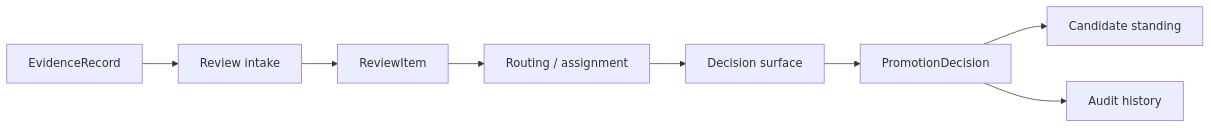
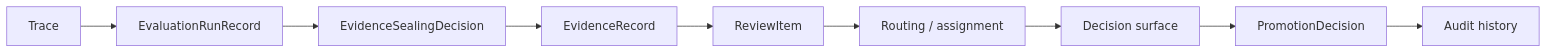
One commit to openboa-ai/ouroboros changed the diagram in wiki/architecture/control-plane/04-review-operations-and-audit.md. Above: the diagram before and after it, drawn with Mermaid. The commit also changed other lines of this file and 306 other files, not shown here.

````diff
--- a/wiki/architecture/control-plane/04-review-operations-and-audit.md
+++ b/wiki/architecture/control-plane/04-review-operations-and-audit.md
@@ -49,10 +29,11 @@
 ```mermaid
 flowchart LR
-    A["EvidenceRecord"] --> B["Review intake"]
-    B --> C["ReviewItem"]
-    C --> D["Routing / assignment"]
-    D --> E["Decision surface"]
-    E --> F["PromotionDecision"]
-    F --> G["Candidate standing"]
-    F --> H["Audit history"]
+    TRACE["Trace"] --> ERUN["EvaluationRunRecord"]
+    ERUN --> SEAL["EvidenceSealingDecision"]
+    SEAL --> EV["EvidenceRecord"]
+    EV --> REVIEW["ReviewItem"]
+    REVIEW --> ROUTE["Routing / assignment"]
+    ROUTE --> DECIDE["Decision surface"]
+    DECIDE --> PROMO["PromotionDecision"]
+    PROMO --> AUDIT["Audit history"]
 ```
````
